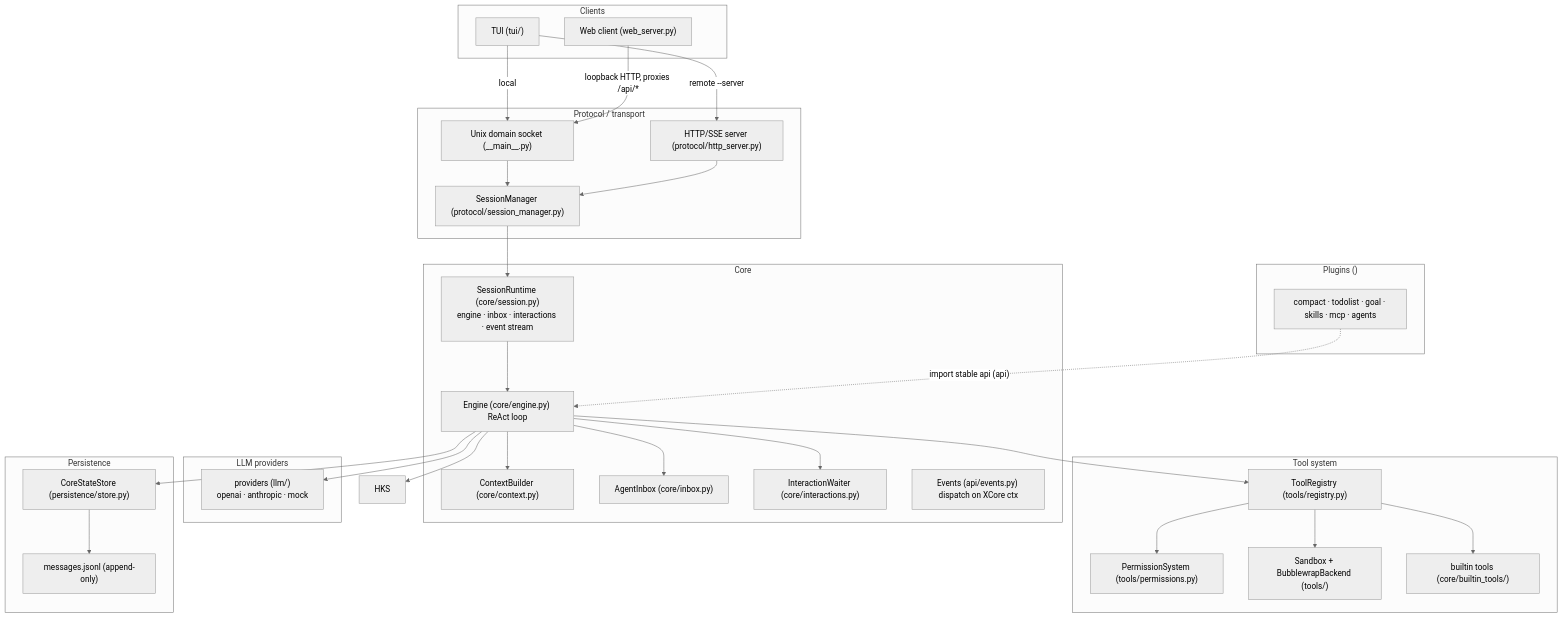
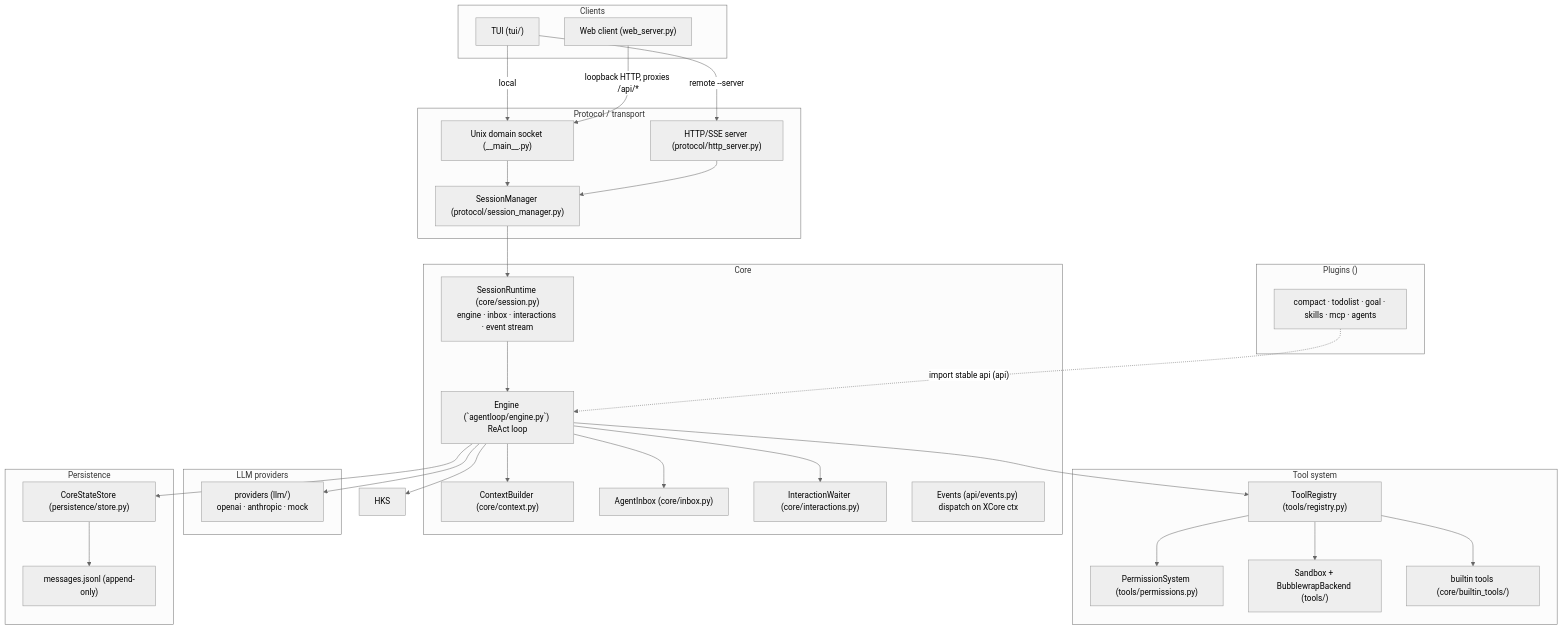
The first of 2 diagrams in XBotv2/docs/architecture.md (dukmu/XBot), drawn with Mermaid (neutral theme) before and after one commit. The commit also changed other lines of this file and 58 other files, not shown here.

````diff
--- a/XBotv2/docs/architecture.md
+++ b/XBotv2/docs/architecture.md
@@ -23,62 +23,62 @@
 ```mermaid
 flowchart TB
     subgraph Clients
         TUI["TUI (tui/)"]
         WEB["Web client (web_server.py)"]
     end
 
     subgraph Transport["Protocol / transport"]
         UDS["Unix domain socket (__main__.py)"]
         HTTP["HTTP/SSE server (protocol/http_server.py)"]
         SCM["SessionManager (protocol/session_manager.py)"]
     end
 
     subgraph Core["Core"]
         SRT["SessionRuntime (core/session.py)<br/>engine · inbox · interactions · event stream"]
-        ENG["Engine (core/engine.py) ReAct loop"]
+        ENG["Engine (`agentloop/engine.py`) ReAct loop"]
         CTX["ContextBuilder (core/context.py)"]
         IBX["AgentInbox (core/inbox.py)"]
         ITX["InteractionWaiter (core/interactions.py)"]
         EVT["Events (api/events.py) dispatch on XCore ctx"]
     end
 
     subgraph ToolsLayer["Tool system"]
         REG["ToolRegistry (tools/registry.py)"]
         PERM["PermissionSystem (tools/permissions.py)"]
         SBX["Sandbox + BubblewrapBackend (tools/)"]
         BT["builtin tools (core/builtin_tools/)"]
     end
 
     subgraph ProvidersLayer["LLM providers"]
         LLM["providers (llm/)<br/>openai · anthropic · mock"]
     end
 
     subgraph PersistenceLayer["Persistence"]
         STORE["CoreStateStore (persistence/store.py)"]
         JRNL["messages.jsonl (append-only)"]
     end
 
     subgraph PluginsLayer["Plugins ()"]
         P["compact · todolist · goal · skills · mcp · agents"]
     end
 
     TUI -->|"local"| UDS
     TUI -->|"remote --server"| HTTP
     WEB -->|"loopback HTTP, proxies /api/*"| UDS
     UDS --> SCM
     HTTP --> SCM
     SCM --> SRT
     SRT --> ENG
     ENG --> CTX
     ENG --> IBX
     ENG --> ITX
     ENG --> HKS
     ENG --> REG
     REG --> PERM
     REG --> SBX
     REG --> BT
     ENG --> LLM
     ENG --> STORE
     STORE --> JRNL
     P -. "import stable api (api)" .-> ENG
 ```
````
